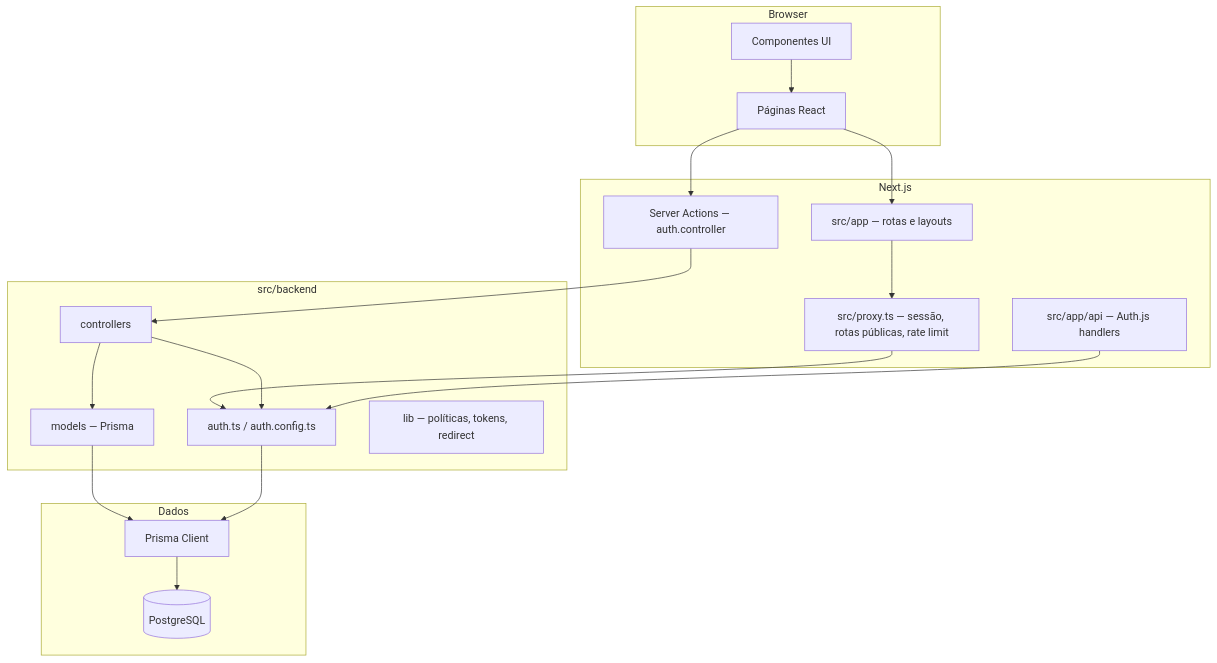
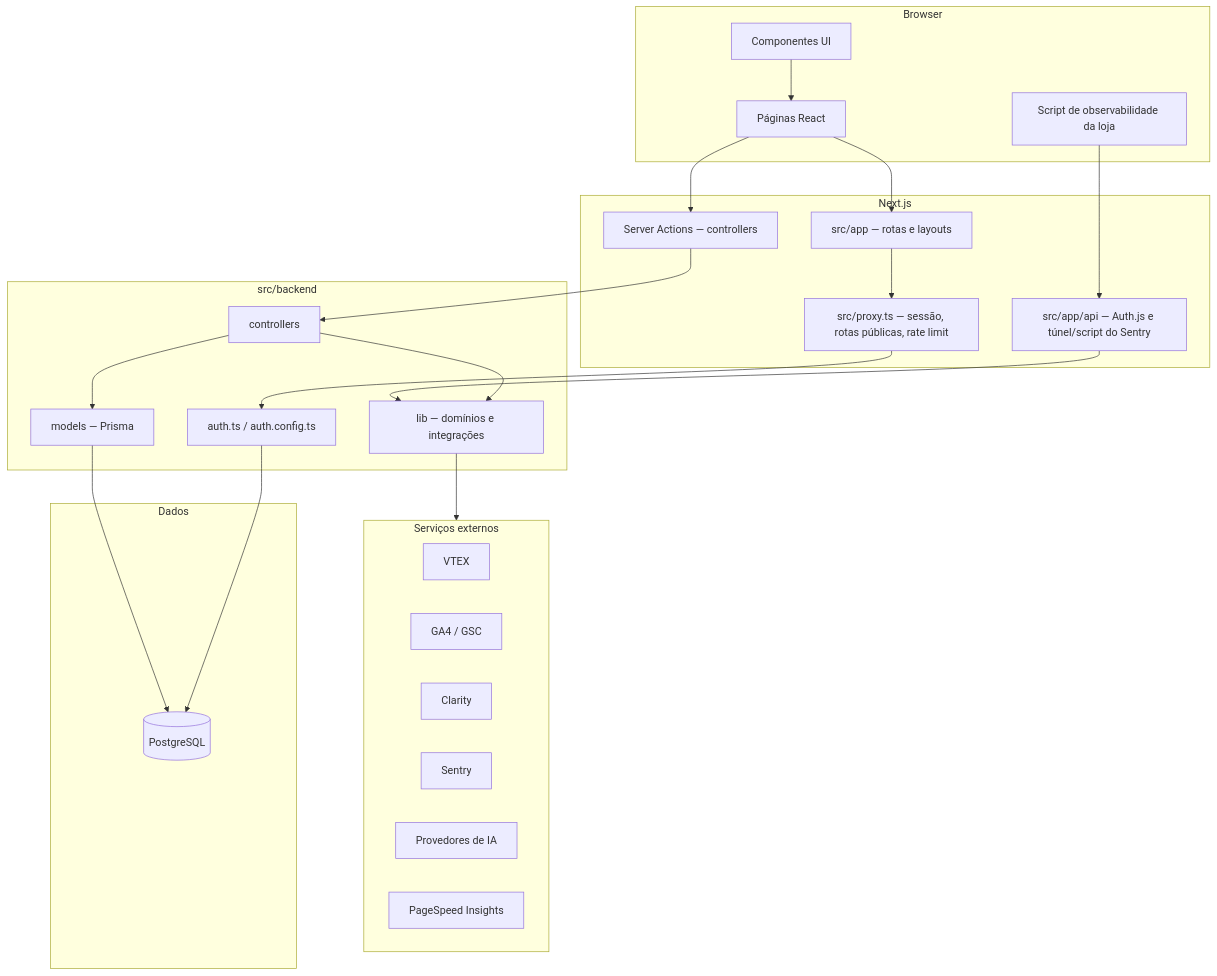
The diagram in README.md (lucasdksan/cry_console), drawn with Mermaid before and after one commit. The commit also changed other lines of this file and 1 other file, not shown here.

````diff
--- a/README.md
+++ b/README.md
@@ -22,39 +45,49 @@
 ```mermaid
 flowchart TB
   subgraph browser [Browser]
     Pages[Páginas React]
     UI[Componentes UI]
+    Script[Script de observabilidade da loja]
   end
 
   subgraph next [Next.js]
     AppRouter["src/app — rotas e layouts"]
     Proxy["src/proxy.ts — sessão, rotas públicas, rate limit"]
-    API["src/app/api — Auth.js handlers"]
-    Actions["Server Actions — auth.controller"]
+    API["src/app/api — Auth.js e túnel/script do Sentry"]
+    Actions["Server Actions — controllers"]
   end
 
   subgraph backend [src/backend]
     Auth["auth.ts / auth.config.ts"]
     Controllers[controllers]
     Models[models — Prisma]
-    Lib[lib — políticas, tokens, redirect]
+    Lib["lib — domínios e integrações"]
+  end
+
+  subgraph external [Serviços externos]
+    VTEX[VTEX]
+    GA4[GA4 / GSC]
+    Clarity[Clarity]
+    Sentry[Sentry]
+    LLM[Provedores de IA]
+    PSI[PageSpeed Insights]
   end
 
   subgraph data [Dados]
     PG[(PostgreSQL)]
-    Prisma[Prisma Client]
   end
 
+  UI --> Pages
   Pages --> AppRouter
-  UI --> Pages
   AppRouter --> Proxy
   Proxy --> Auth
   Pages --> Actions
   Actions --> Controllers
+  Script --> API
+  API --> Lib
   Controllers --> Models
-  Controllers --> Auth
-  API --> Auth
-  Models --> Prisma
-  Prisma --> PG
-  Auth --> Prisma
+  Controllers --> Lib
+  Lib --> external
+  Models --> PG
+  Auth --> PG
 ```
````
